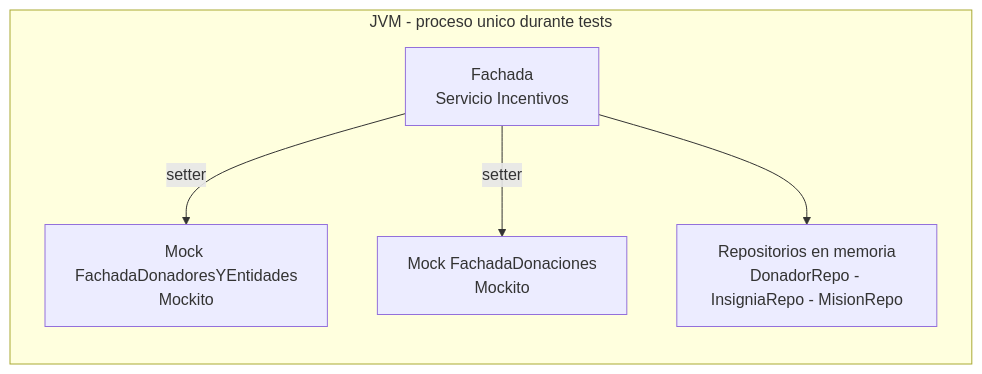
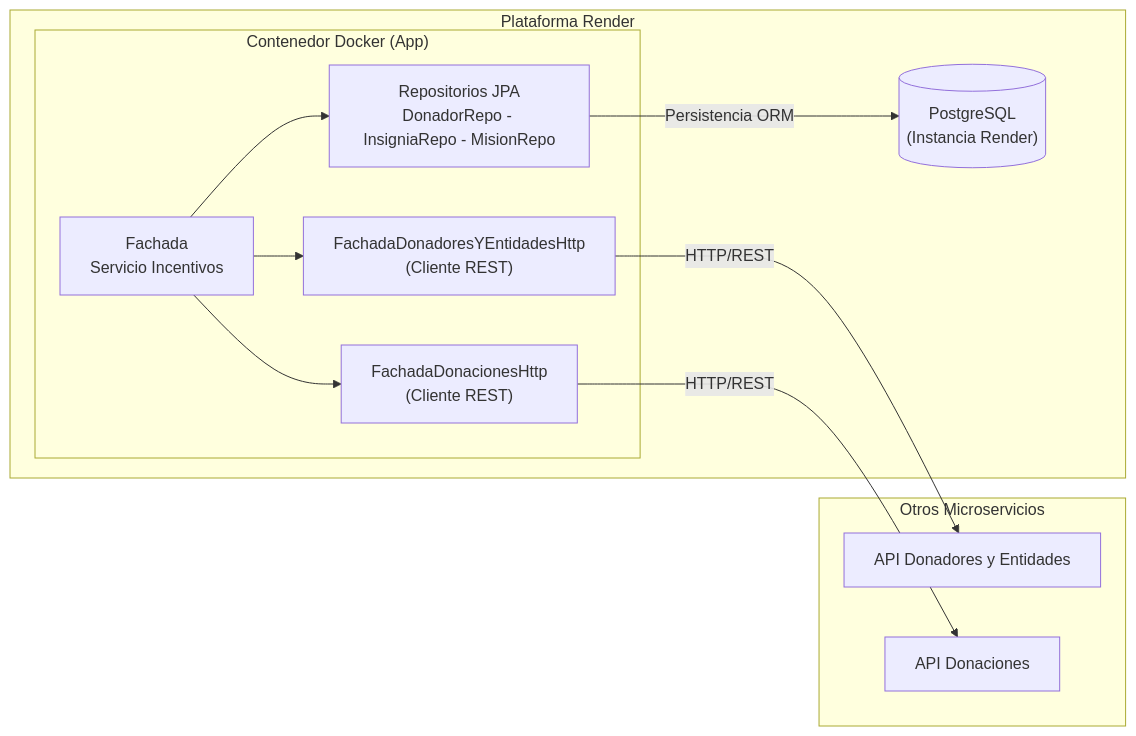
One commit to 2026-ddsi-tpa-Jajava/Incentivos changed the second of 3 diagrams in docs/arquitectura.md. Above: the diagram before and after it, drawn with Mermaid. The commit also changed other lines of this file and 1 other file, not shown here.

Commit message:
agregando documentacion

````diff
--- a/docs/arquitectura.md
+++ b/docs/arquitectura.md
@@ -43,13 +43,24 @@
 ```mermaid
 graph LR
-    subgraph JVM["JVM - proceso unico durante tests"]
-        FACHADA["Fachada\nServicio Incentivos"]
-        MOCK_DE["Mock FachadaDonadoresYEntidades\nMockito"]
-        MOCK_DON["Mock FachadaDonaciones\nMockito"]
-        MEM["Repositorios en memoria\nDonadorRepo - InsigniaRepo - MisionRepo"]
+    subgraph Render["Plataforma Render"]
+        subgraph Docker["Contenedor Docker (App)"]
+            FACHADA["Fachada\nServicio Incentivos"]
+            MEM["Repositorios JPA\nDonadorRepo - InsigniaRepo - MisionRepo"]
+            HTTP_DE["FachadaDonadoresYEntidadesHttp\n(Cliente REST)"]
+            HTTP_DON["FachadaDonacionesHttp\n(Cliente REST)"]
+        end
+        DB[("PostgreSQL\n(Instancia Render)")]
     end
 
-    FACHADA -->|setter| MOCK_DE
-    FACHADA -->|setter| MOCK_DON
+    subgraph API_Companeros["Otros Microservicios"]
+        API_DE["API Donadores y Entidades"]
+        API_DON["API Donaciones"]
+    end
+
     FACHADA --> MEM
+    MEM -->|Persistencia ORM| DB
+    FACHADA --> HTTP_DE
+    FACHADA --> HTTP_DON
+    HTTP_DE -->|HTTP/REST| API_DE
+    HTTP_DON -->|HTTP/REST| API_DON
 ```
````
